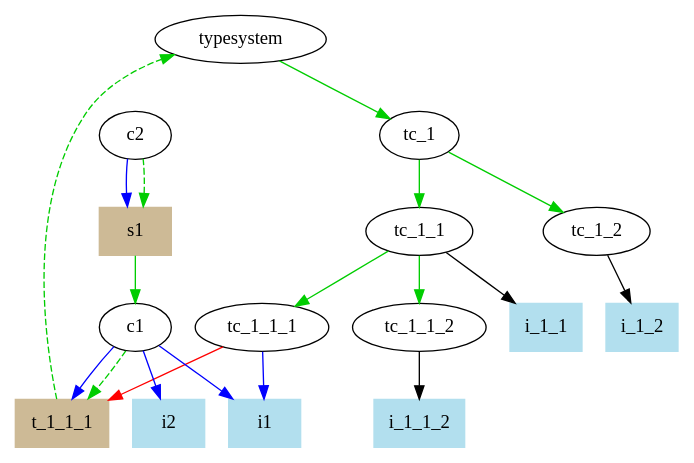
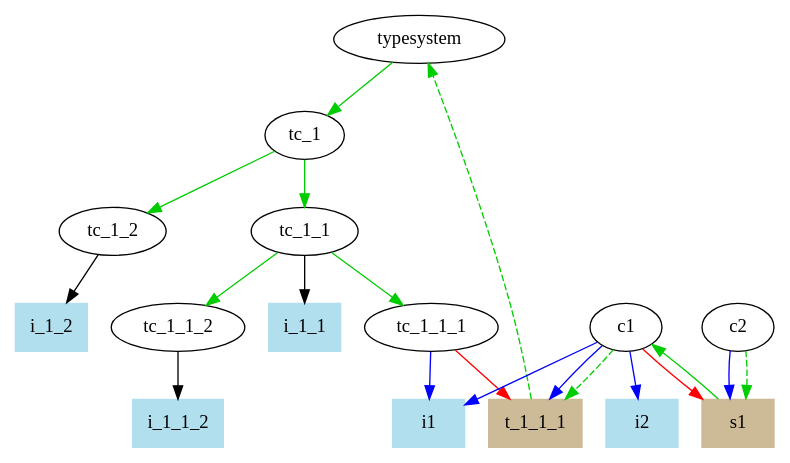
The diagram in docs/dependency-graph.dot (modelix/modelix.incremental), drawn with Graphviz before and after one commit. The commit also changed other lines of this file and 5 other files, not shown here.

```diff
--- a/docs/dependency-graph.dot
+++ b/docs/dependency-graph.dot
@@ -1,40 +1,41 @@
 digraph dependencyGraph {
     // tc... = typesystem computation
     // t... = type
     // c... = computation
     // i... = external state variable (input)
     // s... = internal state variable
 
     typesystem
     i1 [color=lightblue2, shape=box, style=filled]
     i2 [color=lightblue2, shape=box, style=filled]
     i_1_1 [color=lightblue2, shape=box, style=filled]
     i_1_1_2 [color=lightblue2, shape=box, style=filled]
     i_1_2 [color=lightblue2, shape=box, style=filled]
     s1 [color=wheat3, shape=box, style=filled]
     t_1_1_1 [color=wheat3, shape=box, style=filled]
 
     typesystem -> tc_1 [color=green3]
     tc_1 -> tc_1_1 [color=green3]
     tc_1 -> tc_1_2 [color=green3]
     tc_1_1 -> tc_1_1_1 [color=green3]
     tc_1_1 -> tc_1_1_2 [color=green3]
     tc_1_1_1 -> i1 [color=blue]
     tc_1_1_1 -> t_1_1_1 [color=red]
     //t_1_1_1 -> typesystem [color=green3]
     tc_1_1 -> i_1_1
     tc_1_2 -> i_1_2
     tc_1_1_2 -> i_1_1_2
 
     // blue = read, green3 = trigger, red = write
     c1 -> i1 [color=blue]
     c1 -> i2 [color=blue]
     c1 -> t_1_1_1 [color=blue]
     s1 -> c1 [color=green3]
     c2 -> s1 [color=blue]
+    c1 -> s1 [color=red]
 
     c2 -> s1 [color=green3, style=dashed]
     c1 -> t_1_1_1 [color=green3, style=dashed]
     t_1_1_1 -> typesystem [color=green3, style=dashed]
 
 }
```
